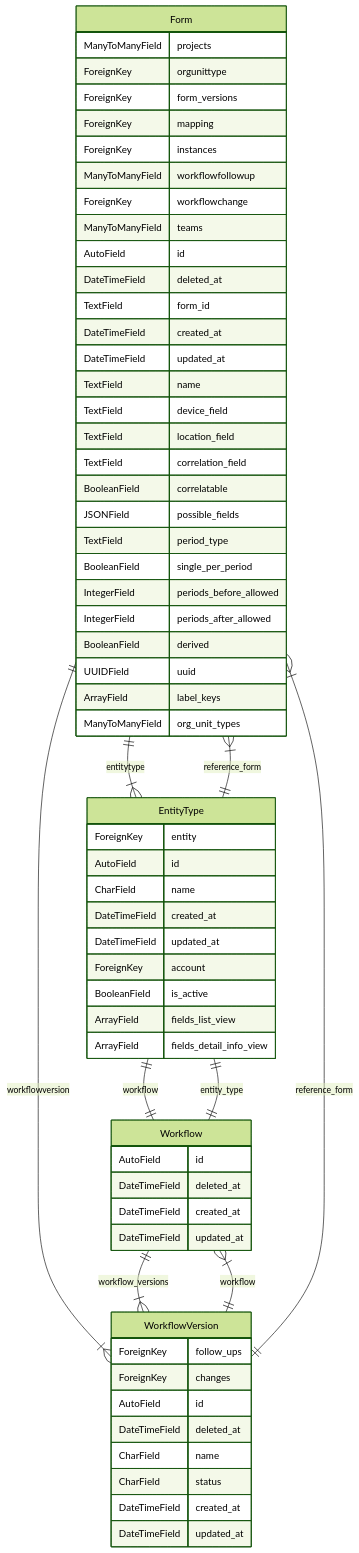
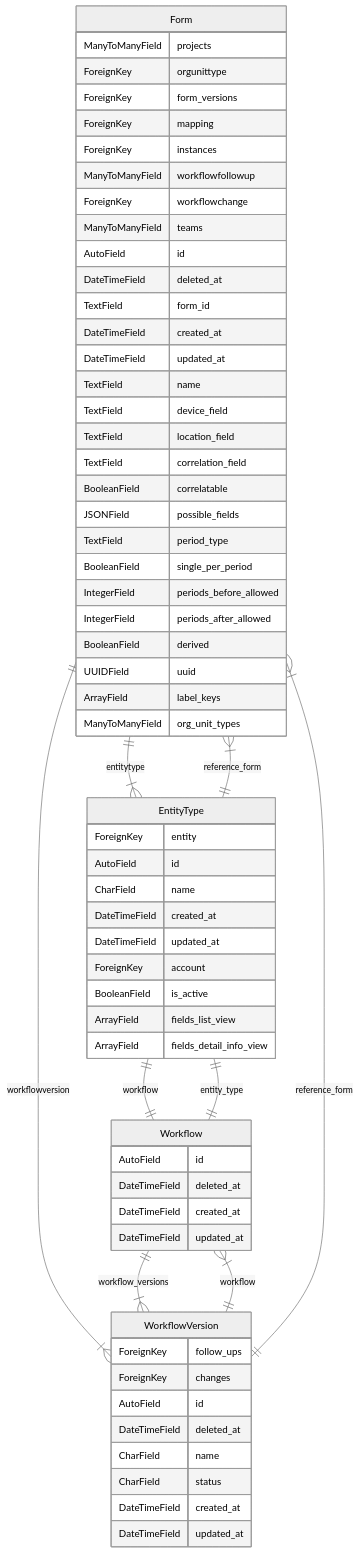
Before and after one commit to olethanh/iaso: the diagram in workflows.md, drawn with Mermaid.

Commit message:
Temporary add mermaid script

````diff
--- a/workflows.md
+++ b/workflows.md
@@ -3,68 +3,68 @@
 ```mermaid
-%%{init: {'theme': 'forest' } }%%
+%%{init: {'theme': 'neutral' } }%%
 erDiagram
 Form{
 ManyToManyField projects
 ForeignKey orgunittype
 ForeignKey form_versions
 ForeignKey mapping
 ForeignKey instances
 ManyToManyField workflowfollowup
 ForeignKey workflowchange
 ManyToManyField teams
 AutoField id
 DateTimeField deleted_at
 TextField form_id
 DateTimeField created_at
 DateTimeField updated_at
 TextField name
 TextField device_field
 TextField location_field
 TextField correlation_field
 BooleanField correlatable
 JSONField possible_fields
 TextField period_type
 BooleanField single_per_period
 IntegerField periods_before_allowed
 IntegerField periods_after_allowed
 BooleanField derived
 UUIDField uuid
 ArrayField label_keys
 ManyToManyField org_unit_types
 }
 EntityType{
 ForeignKey entity
 AutoField id
 CharField name
 DateTimeField created_at
 DateTimeField updated_at
 ForeignKey account
 BooleanField is_active
 ArrayField fields_list_view
 ArrayField fields_detail_info_view
 }
 Workflow{
 AutoField id
 DateTimeField deleted_at
 DateTimeField created_at
 DateTimeField updated_at
 }
 WorkflowVersion{
 ForeignKey follow_ups
 ForeignKey changes
 AutoField id
 DateTimeField deleted_at
 CharField name
 CharField status
 DateTimeField created_at
 DateTimeField updated_at
 }
 Form||--|{EntityType : entitytype
 Form||--|{WorkflowVersion : workflowversion
 EntityType||--||Workflow : workflow
 EntityType||--|{Form : reference_form
 Workflow||--|{WorkflowVersion : workflow_versions
 Workflow||--||EntityType : entity_type
 WorkflowVersion||--|{Workflow : workflow
 WorkflowVersion||--|{Form : reference_form
 ```
````
